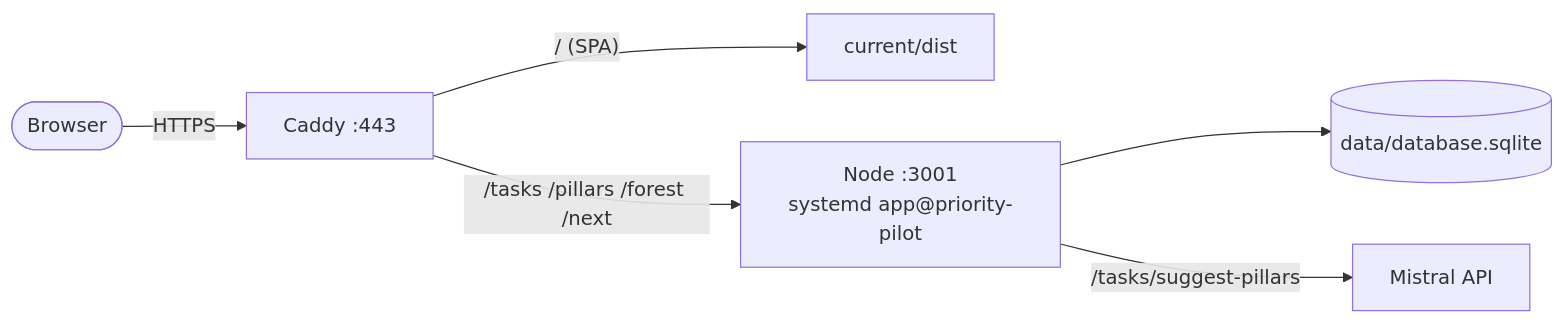
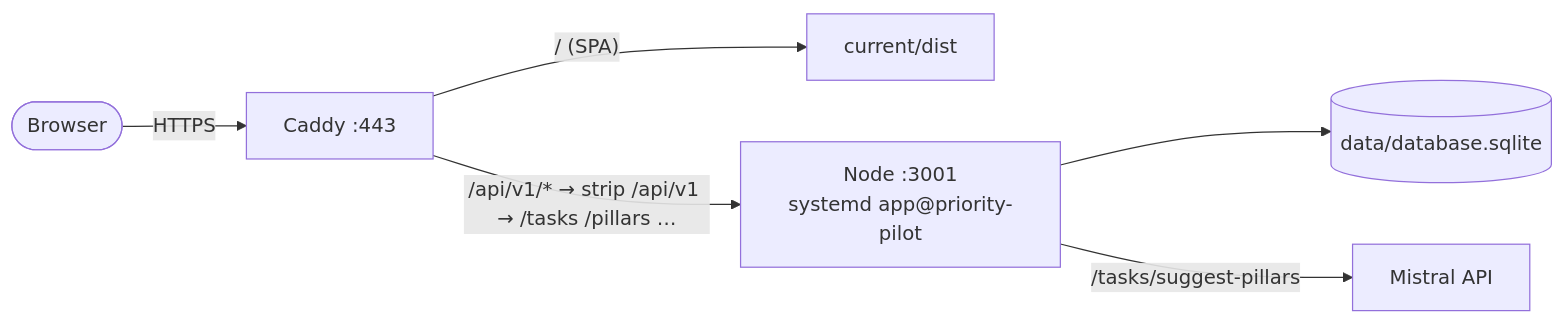
One commit to deleonio/priority-pilot changed the second of 2 diagrams in docs/server-setup.md. Above: the diagram before and after it, drawn with Mermaid. The commit also changed other lines of this file and 3 other files, not shown here.

Commit message:
docs: update Caddy config for /api/v1/* prefix routing (#171)

````diff
--- a/docs/server-setup.md
+++ b/docs/server-setup.md
@@ -29,8 +29,8 @@
 ```mermaid
 flowchart LR
     user(["Browser"]) -->|HTTPS| caddy["Caddy :443"]
     caddy -->|"/ (SPA)"| spa["current/dist"]
-    caddy -->|"/tasks /pillars /forest /next"| node["Node :3001<br/>systemd app@priority-pilot"]
+    caddy -->|"/api/v1/* → strip /api/v1 → /tasks /pillars …"| node["Node :3001<br/>systemd app@priority-pilot"]
     node --> db[("data/database.sqlite")]
     node -->|"/tasks/suggest-pillars"| mistral["Mistral API"]
 ```
````
